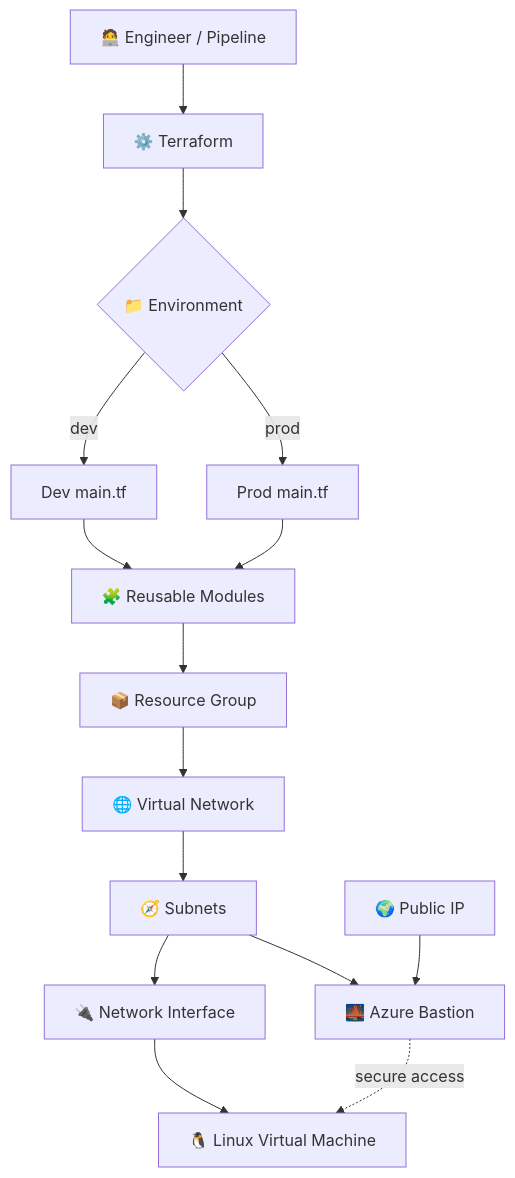
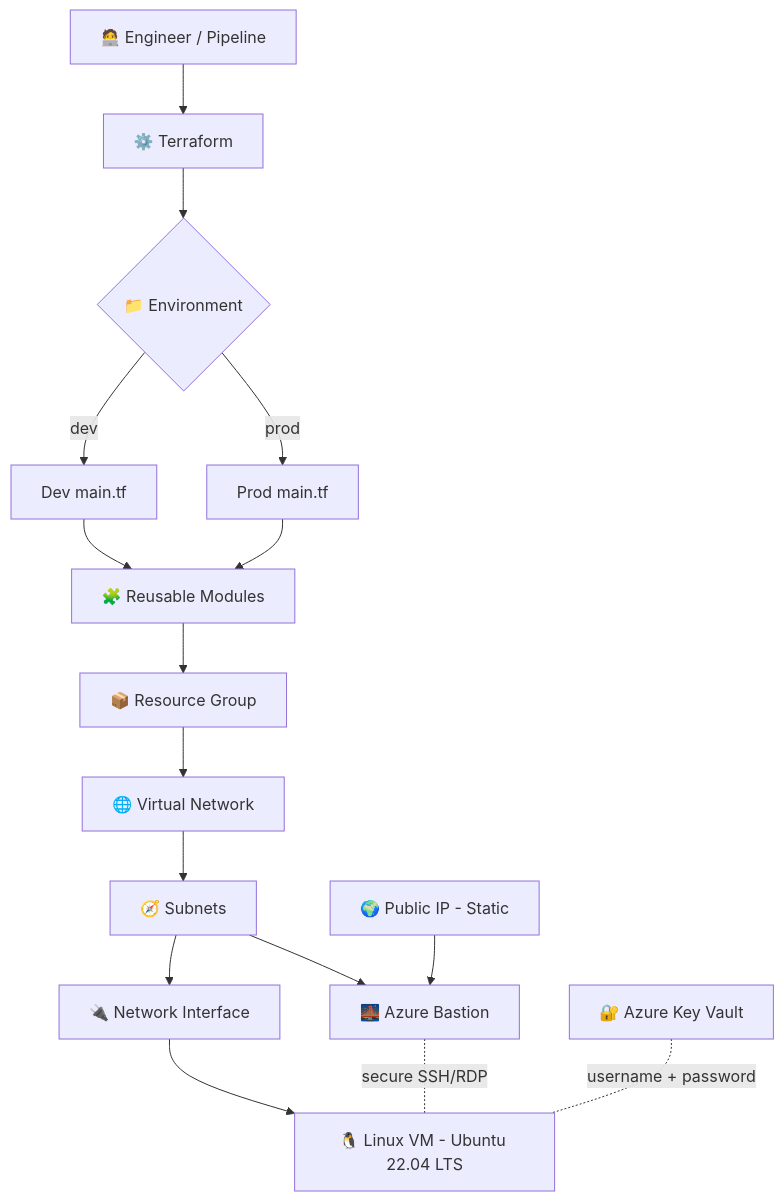
Before and after one commit to ThatCurious1/terraform-azure-modular-infra: the first of 6 diagrams in README.md, drawn with Mermaid. The commit also changed other lines of this file and 41 other files, not shown here.

````diff
--- a/README.md
+++ b/README.md
@@ -43,17 +48,18 @@
 ```mermaid
 flowchart TD
     A[🧑‍💻 Engineer / Pipeline] --> B[⚙️ Terraform]
     B --> C{📁 Environment}
     C -->|dev| D[Dev main.tf]
     C -->|prod| E[Prod main.tf]
     D --> M[🧩 Reusable Modules]
     E --> M
     M --> RG[📦 Resource Group]
     RG --> VN[🌐 Virtual Network]
     VN --> SN[🧭 Subnets]
     SN --> NIC[🔌 Network Interface]
-    NIC --> VM[🐧 Linux Virtual Machine]
+    NIC --> VM[🐧 Linux VM - Ubuntu 22.04 LTS]
     SN --> BS[🌉 Azure Bastion]
-    PIP[🌍 Public IP] --> BS
-    BS -. secure access .-> VM
+    PIP[🌍 Public IP - Static] --> BS
+    BS -. secure SSH/RDP .- VM
+    KV[🔐 Azure Key Vault] -. username + password .- VM
 ```
````
